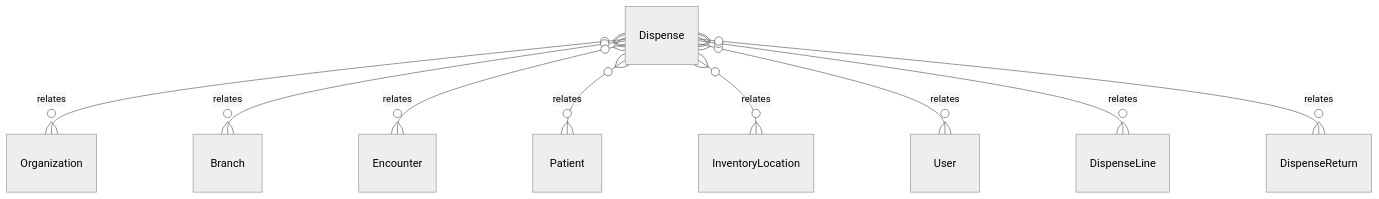
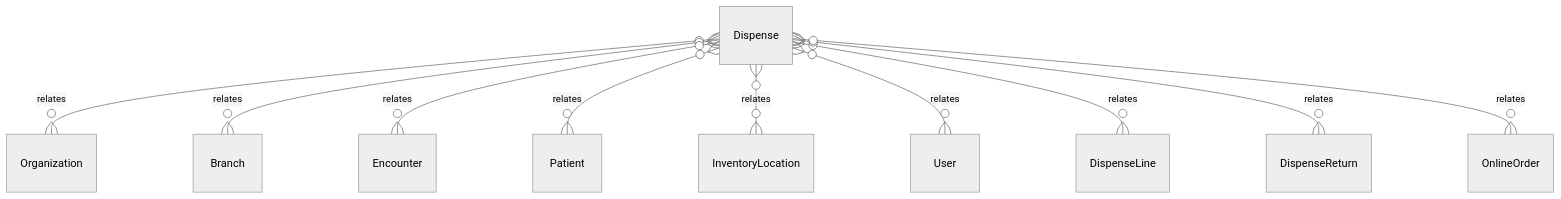
The diagram in .kb/Database/Dispense.md (tejasnirala/rcln), drawn with Mermaid (neutral theme) before and after one commit. The commit also changed other lines of this file and 157 other files, not shown here.

````diff
--- a/.kb/Database/Dispense.md
+++ b/.kb/Database/Dispense.md
@@ -58,11 +59,12 @@
 ```mermaid
 erDiagram
     Dispense }o--o{ Organization : relates
     Dispense }o--o{ Branch : relates
     Dispense }o--o{ Encounter : relates
     Dispense }o--o{ Patient : relates
     Dispense }o--o{ InventoryLocation : relates
     Dispense }o--o{ User : relates
     Dispense }o--o{ DispenseLine : relates
     Dispense }o--o{ DispenseReturn : relates
+    Dispense }o--o{ OnlineOrder : relates
 ```
````
